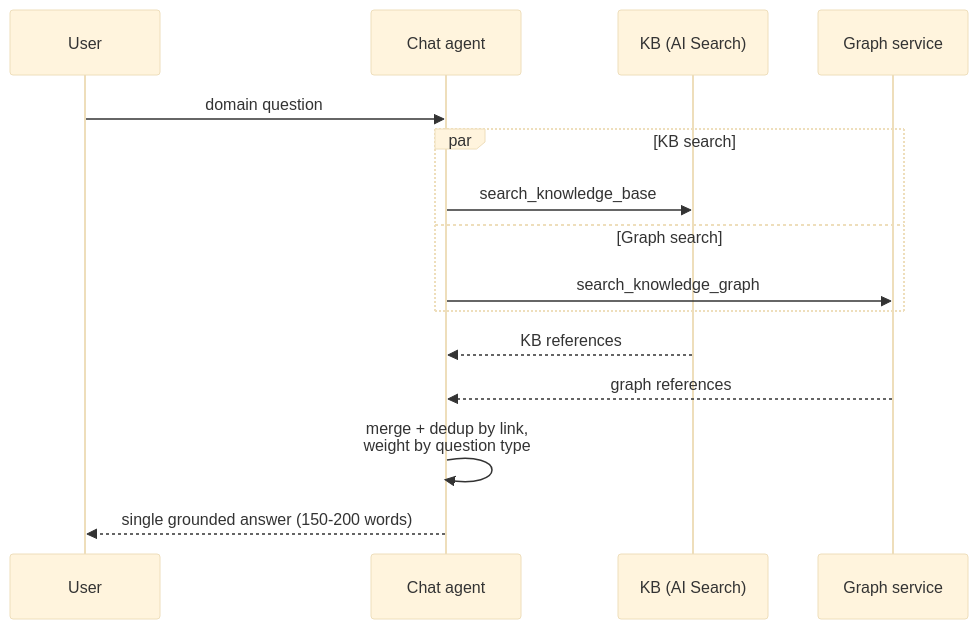
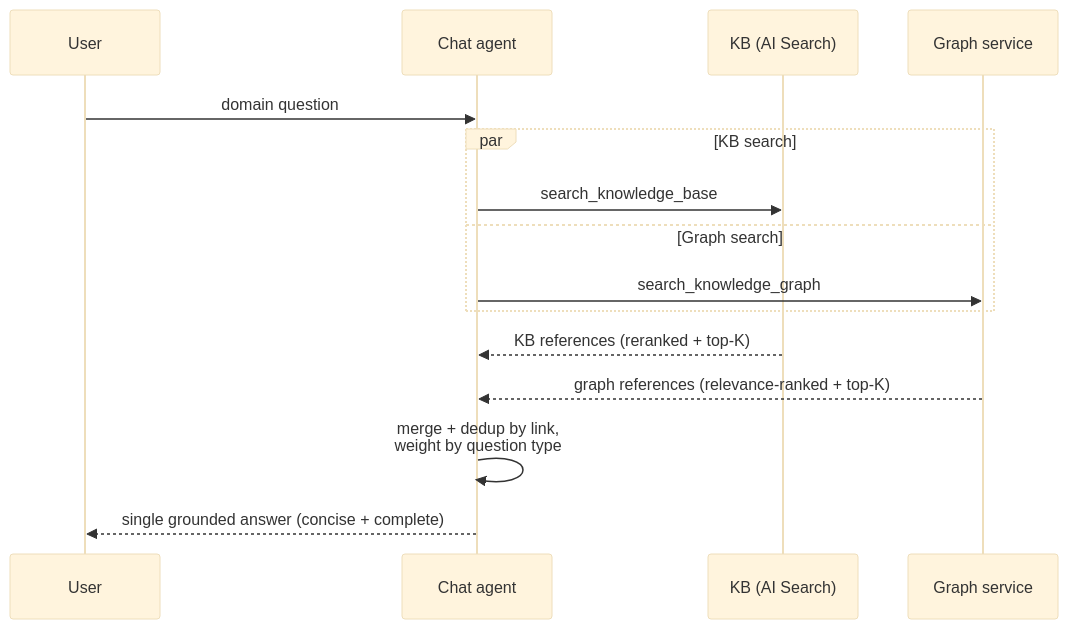
Before and after one commit to Azure/azure-sdk-tools: the third of 3 diagrams in tools/sdk-ai-bots/docs/graphrag_retrieval_design.md, drawn with Mermaid (base theme). The commit also changed other lines of this file, not shown here.

First line of the commit message:
docs: update GraphRAG design with symmetric ref ranking + concise-completeness

````diff
--- a/tools/sdk-ai-bots/docs/graphrag_retrieval_design.md
+++ b/tools/sdk-ai-bots/docs/graphrag_retrieval_design.md
@@ -95,17 +97,17 @@
 ```mermaid
 sequenceDiagram
     participant U as User
     participant A as Chat agent
     participant K as KB (AI Search)
     participant G as Graph service
     U->>A: domain question
     par KB search
         A->>K: search_knowledge_base
     and Graph search
         A->>G: search_knowledge_graph
     end
-    K-->>A: KB references
-    G-->>A: graph references
+    K-->>A: KB references (reranked + top-K)
+    G-->>A: graph references (relevance-ranked + top-K)
     A->>A: merge + dedup by link,<br/>weight by question type
-    A-->>U: single grounded answer (150-200 words)
+    A-->>U: single grounded answer (concise + complete)
 ```
````
